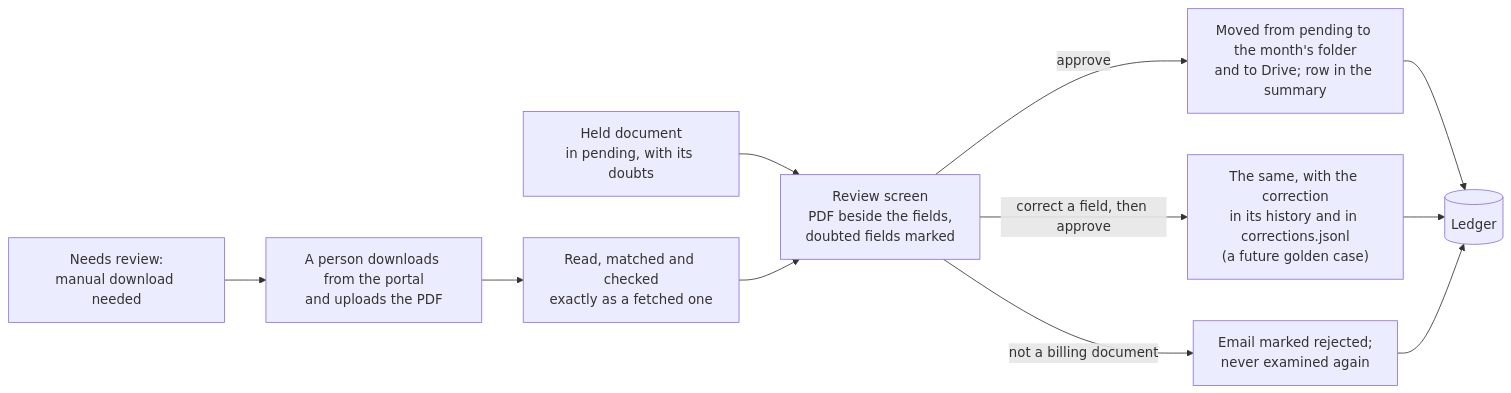
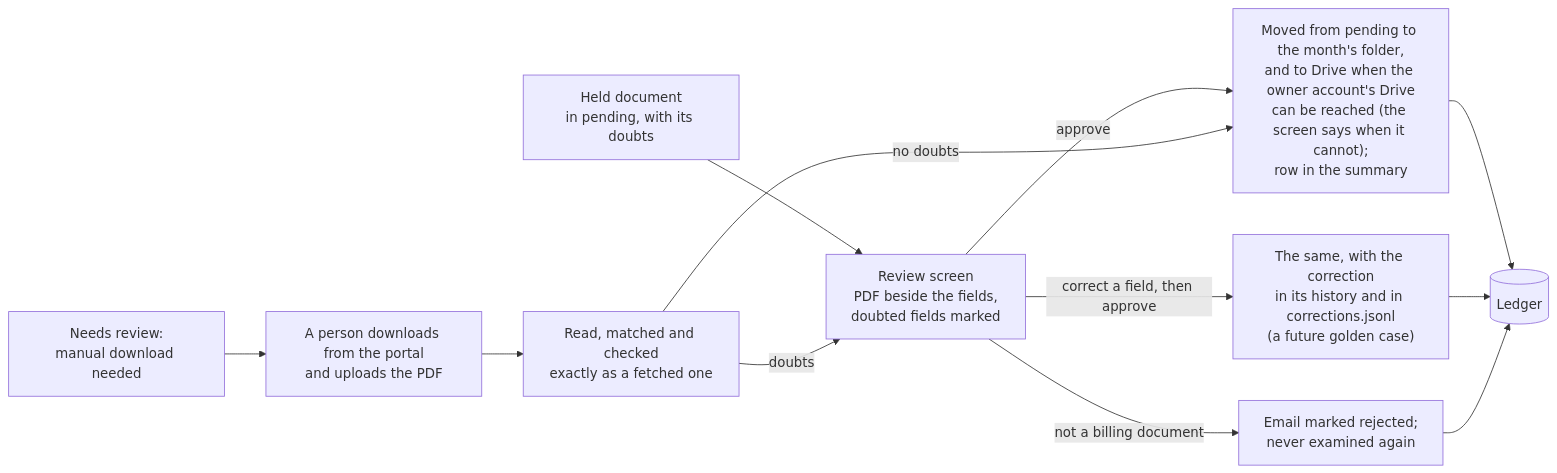
One commit to itsskofficial/adalatai-assignment changed the sixth of 7 diagrams in ARCHITECTURE.md. Above: the diagram before and after it, drawn with Mermaid. The commit also changed other lines of this file, not shown here.

First line of the commit message:
Name what explains a gap, when an approval reaches Drive, and where a clean upload goes

````diff
--- a/ARCHITECTURE.md
+++ b/ARCHITECTURE.md
@@ -220,13 +220,14 @@
 ```mermaid
 flowchart LR
     held["Held document<br/>in pending, with its doubts"] --> screen["Review screen<br/>PDF beside the fields,<br/>doubted fields marked"]
-    screen -->|approve| approved["Moved from pending to the month's folder<br/>and to Drive; row in the summary"]
+    screen -->|approve| approved["Moved from pending to the month's folder,<br/>and to Drive when the owner account's Drive<br/>can be reached (the screen says when it cannot);<br/>row in the summary"]
     screen -->|"correct a field, then approve"| corrected["The same, with the correction<br/>in its history and in corrections.jsonl<br/>(a future golden case)"]
     screen -->|"not a billing document"| rejected["Email marked rejected;<br/>never examined again"]
     manual["Needs review:<br/>manual download needed"] --> upload["A person downloads from the portal<br/>and uploads the PDF"]
     upload --> read["Read, matched and checked<br/>exactly as a fetched one"]
-    read --> screen
+    read -->|doubts| screen
+    read -->|"no doubts"| approved
     approved --> ledger[("Ledger")]
     corrected --> ledger
     rejected --> ledger
 ```
````
